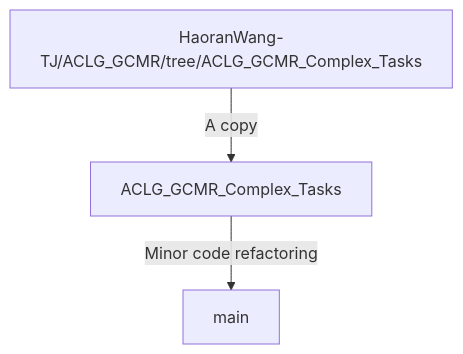
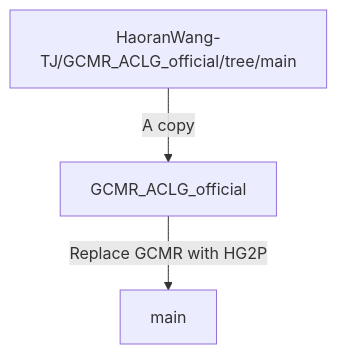
One commit to HaoranWang-TJ/HG2P_ACLG_official changed the diagram in README.md. Above: the diagram before and after it, drawn with Mermaid. The commit also changed other lines of this file, not shown here.

Commit message:
The code will be released soon ...

````diff
--- a/README.md
+++ b/README.md
@@ -22,5 +13,5 @@
 ```mermaid
 flowchart TD
-    S[HaoranWang-TJ/ACLG_GCMR/tree/ACLG_GCMR_Complex_Tasks] --> |A copy| A[ACLG_GCMR_Complex_Tasks]
-    A[ACLG_GCMR_Complex_Tasks] -->|Minor code refactoring| B[main]
+    S[HaoranWang-TJ/GCMR_ACLG_official/tree/main] --> |A copy| A[GCMR_ACLG_official]
+    A[GCMR_ACLG_official] -->|Replace GCMR with HG2P| B[main]
 ```
````
